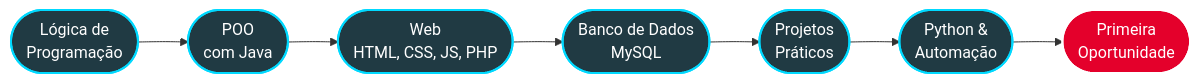
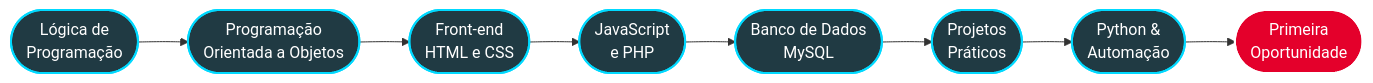
The second of 2 diagrams in readme.md (ViniVila/ViniVila), drawn with Mermaid before and after one commit. The commit also changed other lines of this file, not shown here.

````diff
--- a/readme.md
+++ b/readme.md
@@ -212,14 +210,15 @@
 ```mermaid
 flowchart LR
-    A([Lógica de<br>Programação]) --> B([POO<br>com Java])
-    B --> C([Web<br>HTML, CSS, JS, PHP])
-    C --> D([Banco de Dados<br>MySQL])
-    D --> E([Projetos<br>Práticos])
-    E --> F([Python &<br>Automação])
-    F --> G([Primeira<br>Oportunidade])
+    A([Lógica de<br>Programação]) --> B([Programação<br>Orientada a Objetos])
+    B --> C([Front-end<br>HTML e CSS])
+    C --> D([JavaScript<br>e PHP])
+    D --> E([Banco de Dados<br>MySQL])
+    E --> F([Projetos<br>Práticos])
+    F --> G([Python &<br>Automação])
+    G --> H([Primeira<br>Oportunidade])
 
     classDef base fill:#203a43,stroke:#00D9FF,color:#ffffff,stroke-width:2px;
     classDef meta fill:#E4002B,stroke:#ffffff,color:#ffffff,stroke-width:2px;
-    class A,B,C,D,E,F base;
-    class G meta;
+    class A,B,C,D,E,F,G base;
+    class H meta;
 ```
````
